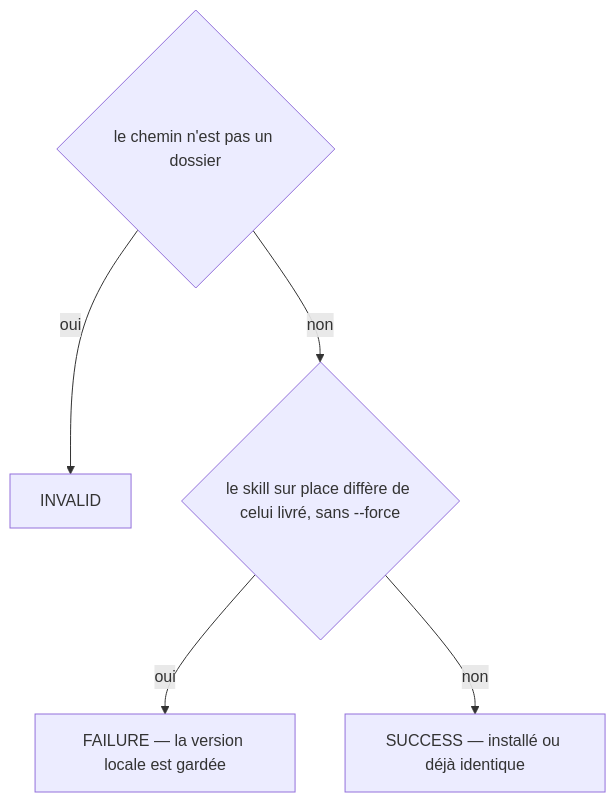
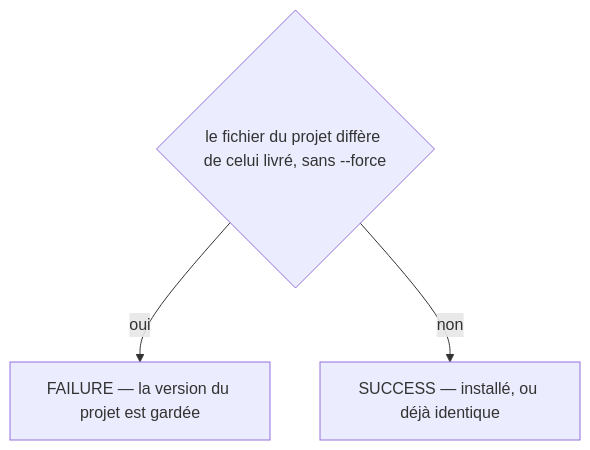
Before and after one commit to jul6art/devtools: the third of 8 diagrams in docs/workflows/commands/claude.install.md, drawn with Mermaid. The commit also changed other lines of this file and 98 other files, not shown here.

````diff
--- a/docs/workflows/commands/claude.install.md
+++ b/docs/workflows/commands/claude.install.md
@@ -38,8 +52,6 @@
 ```mermaid
 flowchart TD
-  d1{"le chemin n'est pas un dossier"}
-  d1 -->|oui| v1["INVALID"]
-  d1 -->|non| d2{"le skill sur place diffère de celui livré, sans --force"}
-  d2 -->|oui| v2["FAILURE — la version locale est gardée"]
-  d2 -->|non| v3["SUCCESS — installé ou déjà identique"]
+  d1{"le fichier du projet diffère de celui livré, sans --force"}
+  d1 -->|oui| v1["FAILURE — la version du projet est gardée"]
+  d1 -->|non| v2["SUCCESS — installé, ou déjà identique"]
 ```
````
